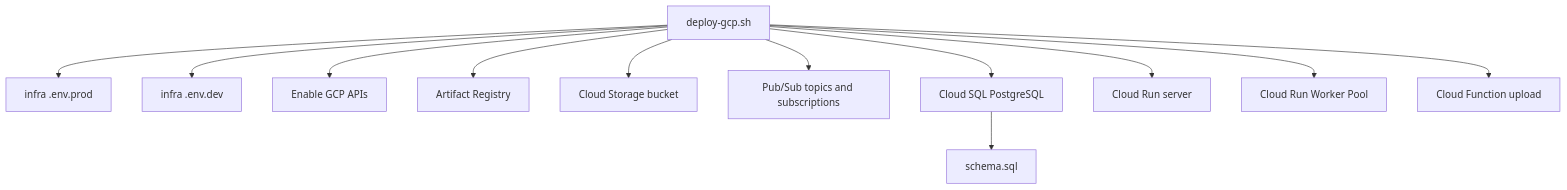
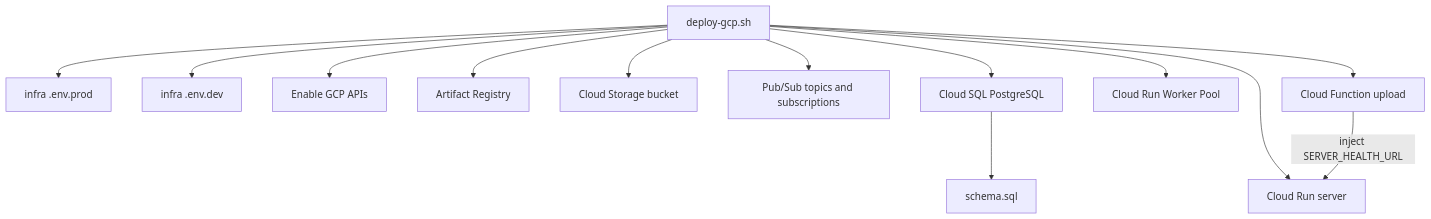
The first of 3 diagrams in infra/README.md (feegloo/mychatbot-com), drawn with Mermaid before and after one commit. The commit also changed other lines of this file and 31 other files, not shown here.

````diff
--- a/infra/README.md
+++ b/infra/README.md
@@ -7,27 +7,28 @@
 ```mermaid
 flowchart TD
     Deploy["deploy-gcp.sh"]
     EnvProd["infra .env.prod"]
     EnvDev["infra .env.dev"]
     APIs["Enable GCP APIs"]
     Registry["Artifact Registry"]
     Bucket["Cloud Storage bucket"]
     PubSub["Pub/Sub topics and subscriptions"]
     Database["Cloud SQL PostgreSQL"]
     Schema["schema.sql"]
     Server["Cloud Run server"]
     Worker["Cloud Run Worker Pool"]
     Function["Cloud Function upload"]
 
     Deploy --> EnvProd
     Deploy --> EnvDev
     Deploy --> APIs
     Deploy --> Registry
     Deploy --> Bucket
     Deploy --> PubSub
     Deploy --> Database
     Database --> Schema
     Deploy --> Server
     Deploy --> Worker
     Deploy --> Function
+    Function -->|"inject SERVER_HEALTH_URL"| Server
 ```
````
